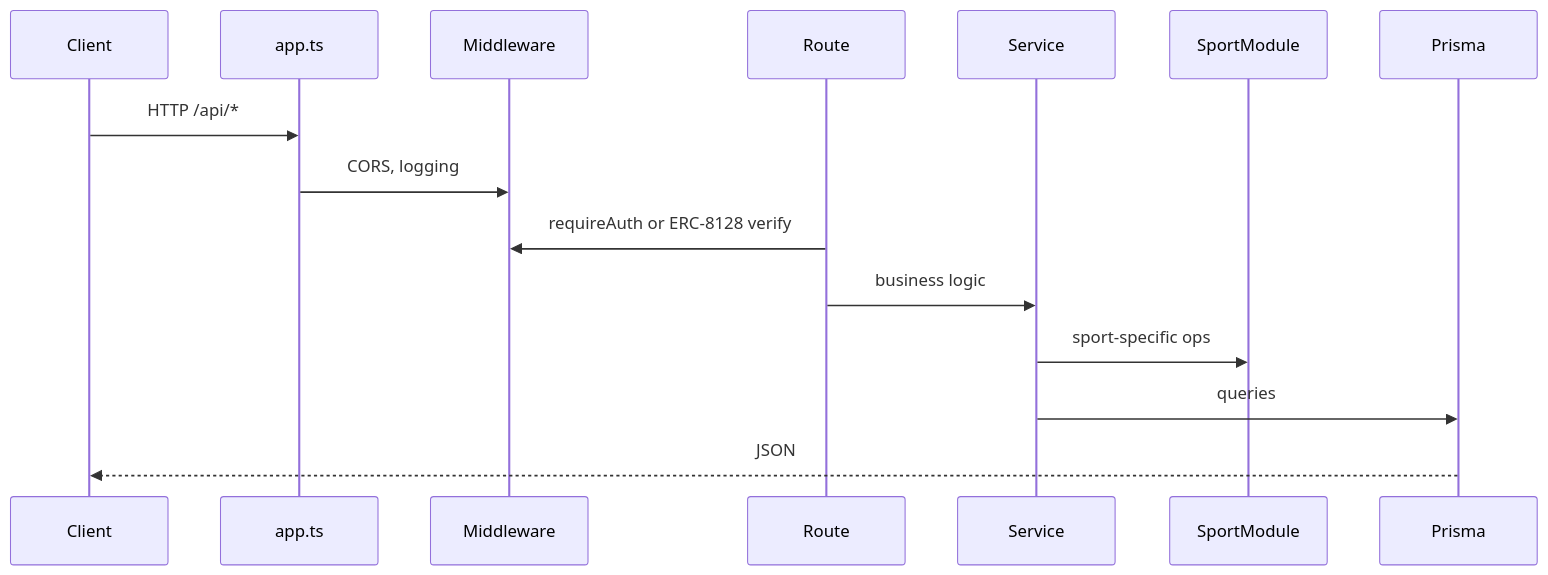
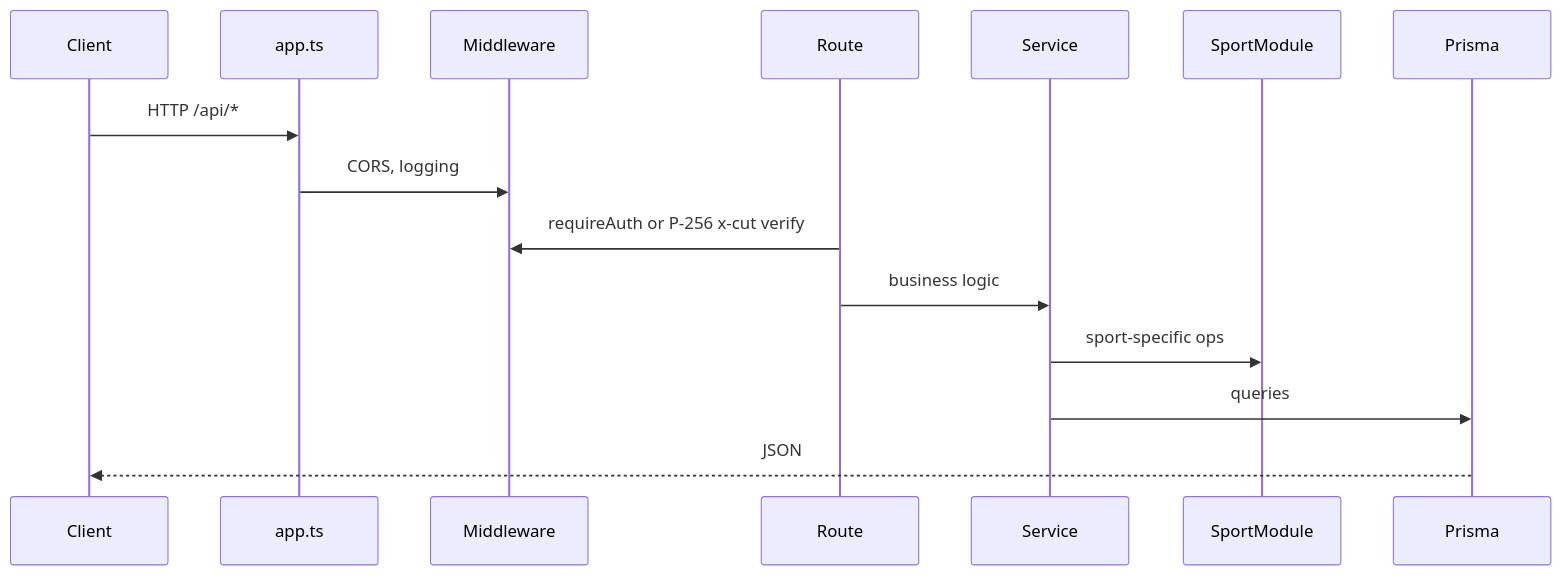
The first of 2 diagrams in spec/server/architecture.md (MagRelo/cut), drawn with Mermaid before and after one commit. The commit also changed other lines of this file and 112 other files, not shown here.

````diff
--- a/spec/server/architecture.md
+++ b/spec/server/architecture.md
@@ -5,18 +5,18 @@
 ```mermaid
 sequenceDiagram
   participant Client
   participant Hono as app.ts
   participant MW as Middleware
   participant Route
   participant Svc as Service
   participant Plugin as SportModule
   participant DB as Prisma
 
   Client->>Hono: HTTP /api/*
   Hono->>MW: CORS, logging
-  Route->>MW: requireAuth or ERC-8128 verify
+  Route->>MW: requireAuth or P-256 x-cut verify
   Route->>Svc: business logic
   Svc->>Plugin: sport-specific ops
   Svc->>DB: queries
   DB-->>Client: JSON
 ```
````
